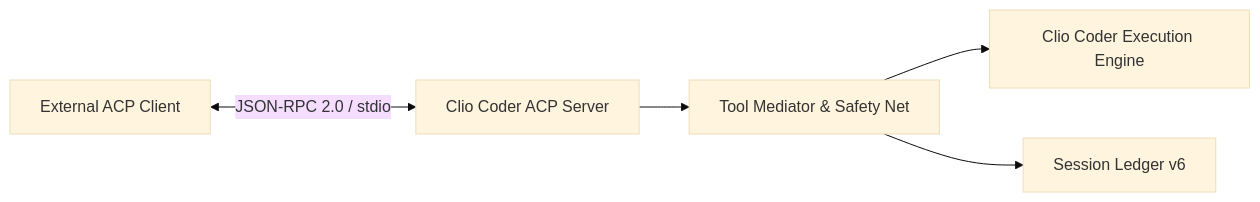
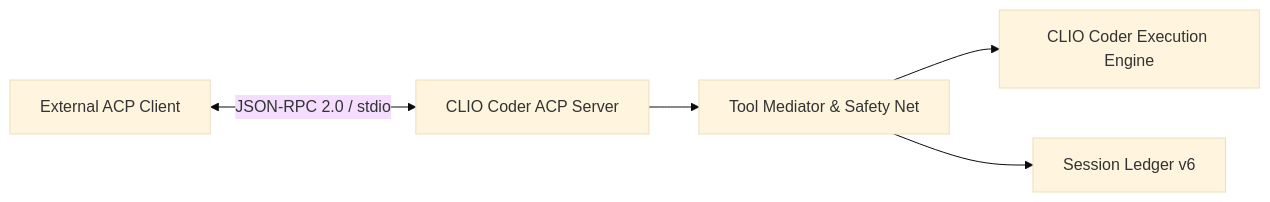
One commit to iowarp/clio-coder changed the diagram in docs/architecture/acp.md. Above: the diagram before and after it, drawn with Mermaid (base theme). The commit also changed 9 other files, not shown here.

First line of the commit message:
docs: ground the context, prompt and provider architecture pages

````diff
--- a/docs/architecture/acp.md
+++ b/docs/architecture/acp.md
@@ -11,7 +11,7 @@
 ```mermaid
 graph LR
-    client[External ACP Client] <-->|JSON-RPC 2.0 / stdio| server[Clio Coder ACP Server]
+    client[External ACP Client] <-->|JSON-RPC 2.0 / stdio| server[CLIO Coder ACP Server]
     server --> mediator[Tool Mediator & Safety Net]
-    mediator --> engine[Clio Coder Execution Engine]
+    mediator --> engine[CLIO Coder Execution Engine]
     mediator --> session[Session Ledger v6]
 ```
````
